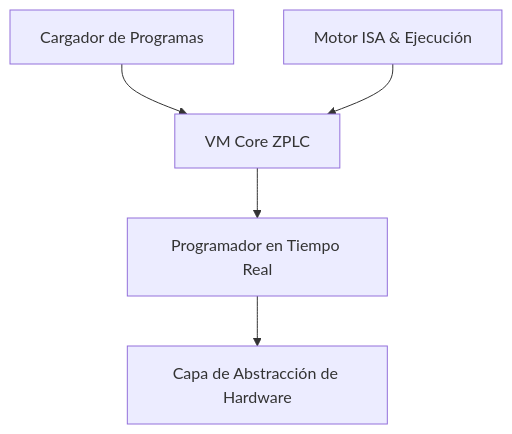
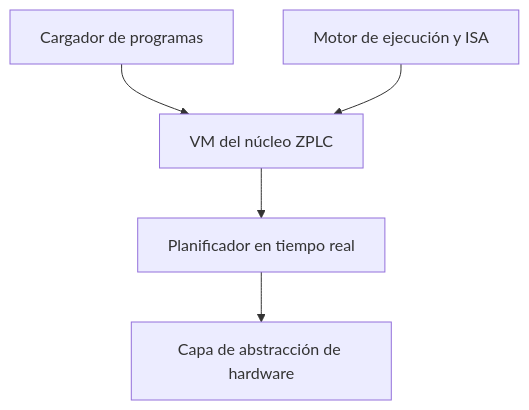
Before and after one commit to eduardojvieira/ZPLC: the diagram in docs/i18n/es/docusaurus-plugin-content-docs/current/runtime/index.md, drawn with Mermaid. The commit also changed other lines of this file and 23 other files, not shown here.

````diff
--- a/docs/i18n/es/docusaurus-plugin-content-docs/current/runtime/index.md
+++ b/docs/i18n/es/docusaurus-plugin-content-docs/current/runtime/index.md
@@ -25,13 +25,13 @@
 ```mermaid
 flowchart TD
-  Loader[Cargador de Programas]
-  Core[VM Core ZPLC]
-  Sched[Programador en Tiempo Real]
-  ISA[Motor ISA & Ejecución]
-  HAL[Capa de Abstracción de Hardware]
+  Loader[Cargador de programas]
+  Core[VM del núcleo ZPLC]
+  Sched[Planificador en tiempo real]
+  ISA[Motor de ejecución y ISA]
+  HAL[Capa de abstracción de hardware]
 
   Loader --> Core
   ISA --> Core
   Core --> Sched
   Sched --> HAL
 ```
````
